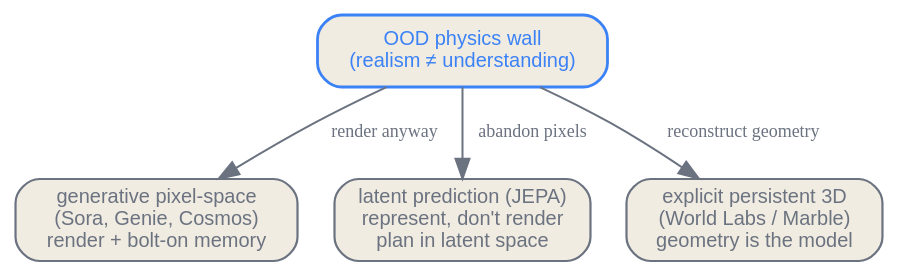
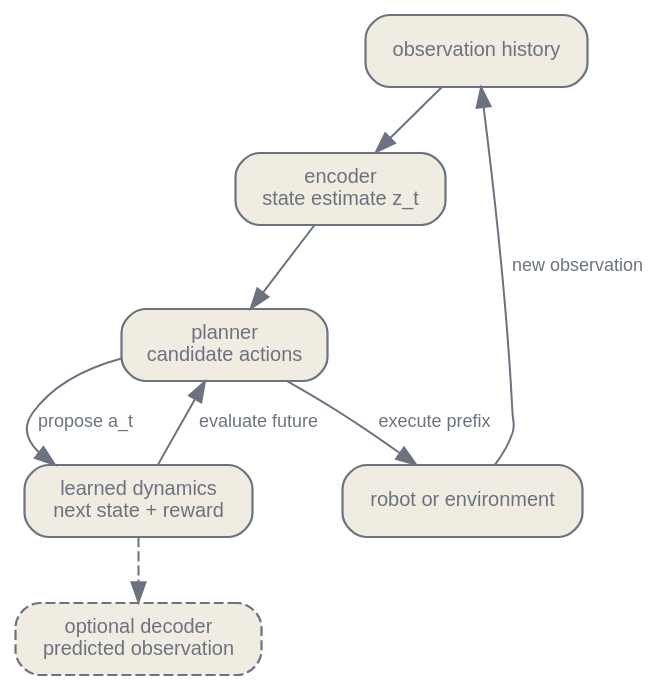
The first of 2 diagrams in en/generative/05-beyond-text.qmd (latere-ai/ai-as-an-infrastructure), drawn with Graphviz before and after one commit. The commit also changed other lines of this file and 9 other files, not shown here.

````diff
--- a/en/generative/05-beyond-text.qmd
+++ b/en/generative/05-beyond-text.qmd
@@ -78,19 +95,24 @@
 ```{dot}
-//| label: fig-beyond-trichotomy
-//| fig-cap: "Three architectural answers to what a world model is, each a different response to the out-of-distribution physics wall. The generative path renders and patches coherence with external memory; the latent path predicts in abstraction and plans there; the explicit-3D path makes persistent geometry the representation."
-digraph trichotomy {
+//| label: fig-world-model-loop
+//| fig-cap: "A model-based control loop. The encoder estimates state from observation history. Learned dynamics predict the consequence of a candidate action. A planner evaluates candidate futures, executes an action or short prefix, observes the real result, and replans. Rendering predicted pixels is optional."
+digraph {
+  bgcolor="transparent";
   rankdir=TB;
-  bgcolor="transparent";
+  nodesep=0.35; ranksep=0.45;
   node [shape=box, style="rounded,filled", fontname="Helvetica", fontsize=10, color="#6b7280", fontcolor="#6b7280", fillcolor="#f1ece1", penwidth=1.1];
-  edge [color="#6b7280", fontcolor="#6b7280", fontsize=9];
-
-  wall [label="OOD physics wall\n(realism ≠ understanding)", color="#3b82f6", fontcolor="#3b82f6", penwidth=1.4];
-  gen  [label="generative pixel-space\n(Sora, Genie, Cosmos)\nrender + bolt-on memory"];
-  jepa [label="latent prediction (JEPA)\nrepresent, don't render\nplan in latent space"];
-  d3   [label="explicit persistent 3D\n(World Labs / Marble)\ngeometry is the model"];
-
-  wall -> gen [label="render anyway"];
-  wall -> jepa [label="abandon pixels"];
-  wall -> d3 [label="reconstruct geometry"];
+  edge [fontsize=9, fontname="Helvetica", color="#6b7280", fontcolor="#6b7280"];
+  observation [label="observation history"];
+  encoder [label="encoder\nstate estimate z_t"];
+  planner [label="planner\ncandidate actions"];
+  dynamics [label="learned dynamics\nnext state + reward"];
+  executor [label="robot or environment"];
+  decoder [label="optional decoder\npredicted observation", style="rounded,filled,dashed"];
+  observation -> encoder;
+  encoder -> planner;
+  planner -> dynamics [label="propose a_t"];
+  dynamics -> planner [label="evaluate future"];
+  planner -> executor [label="execute prefix"];
+  executor -> observation [label="new observation"];
+  dynamics -> decoder [style=dashed];
 }
 ```
````
